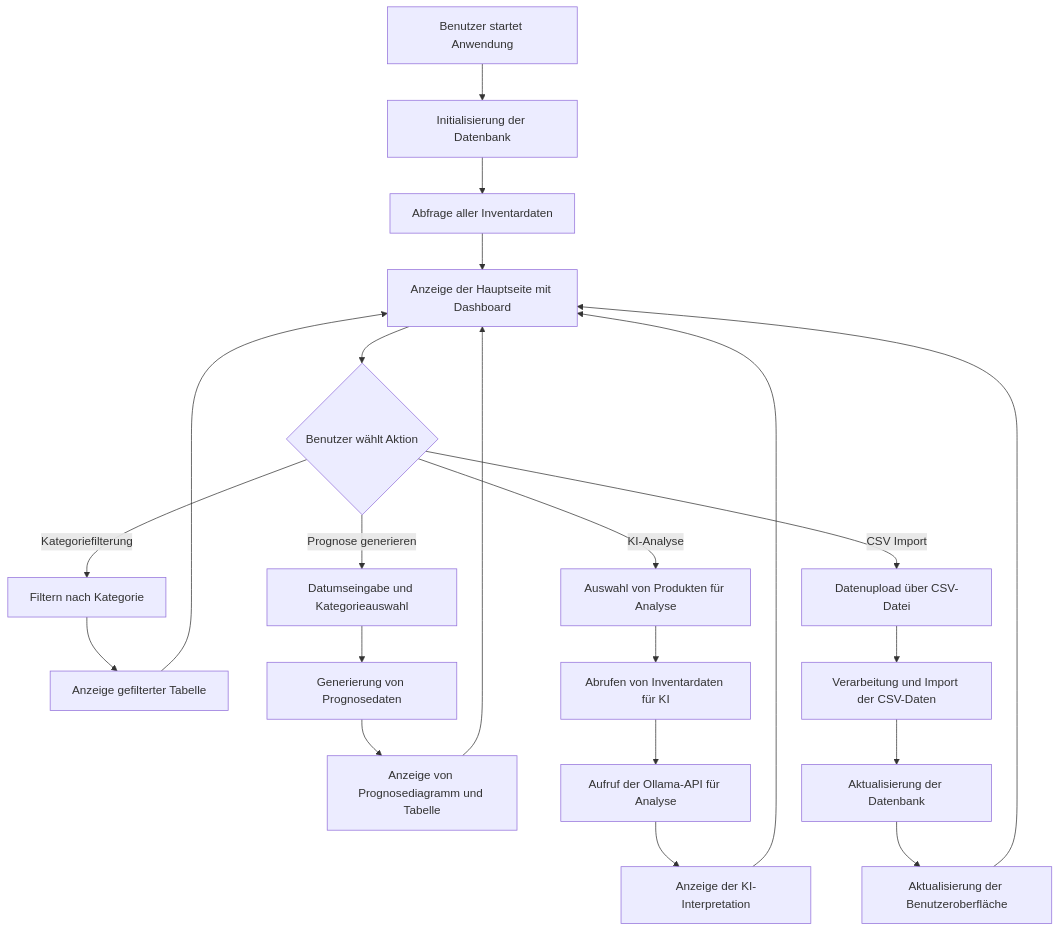
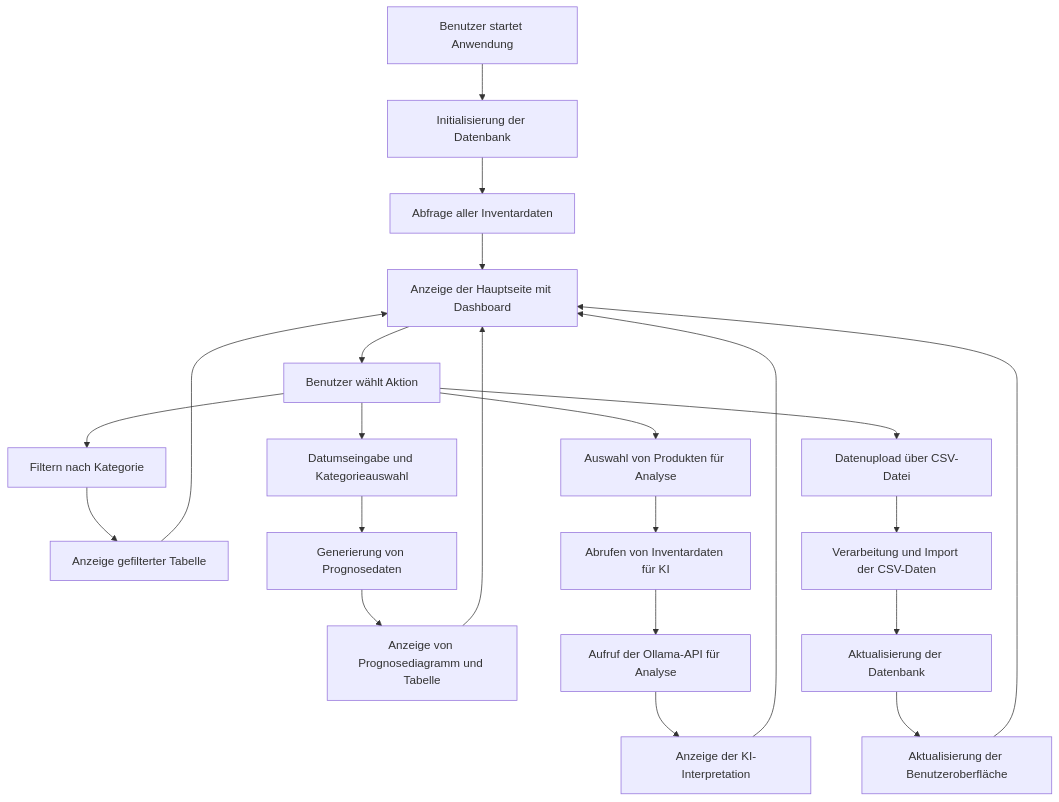
One commit to aicoreml/lagerbestand_SAP changed the first of 3 diagrams in flowchart.md. Above: the diagram before and after it, drawn with Mermaid. The commit also changed other lines of this file, not shown here.

Commit message:
Fix Mermaid syntax completely for GitHub compatibility

````diff
--- a/flowchart.md
+++ b/flowchart.md
@@ -5,29 +5,29 @@
 ```mermaid
 flowchart TD
     A[Benutzer startet Anwendung] --> B[Initialisierung der Datenbank]
     B --> C[Abfrage aller Inventardaten]
     C --> D[Anzeige der Hauptseite mit Dashboard]
-    D --> E{Benutzer wählt Aktion}
-
-    E -->|"Kategoriefilterung"| F[Filtern nach Kategorie]
-    E -->|"Prognose generieren"| G[Datumseingabe und Kategorieauswahl]
-    E -->|"KI-Analyse"| H[Auswahl von Produkten für Analyse]
-    E -->|"CSV Import"| I[Datenupload über CSV-Datei]
-
+    D --> E[Benutzer wählt Aktion]
+    
+    E --> F[Filtern nach Kategorie]
+    E --> G[Datumseingabe und Kategorieauswahl]
+    E --> H[Auswahl von Produkten für Analyse]
+    E --> I[Datenupload über CSV-Datei]
+    
     F --> J[Anzeige gefilterter Tabelle]
     G --> K[Generierung von Prognosedaten]
     H --> L[Abrufen von Inventardaten für KI]
     I --> M[Verarbeitung und Import der CSV-Daten]
-
+    
     K --> N[Anzeige von Prognosediagramm und Tabelle]
     L --> O[Aufruf der Ollama-API für Analyse]
     M --> P[Aktualisierung der Datenbank]
-
+    
     O --> Q[Anzeige der KI-Interpretation]
     P --> R[Aktualisierung der Benutzeroberfläche]
-
+    
     J --> D
     N --> D
     Q --> D
     R --> D
 ```
````
